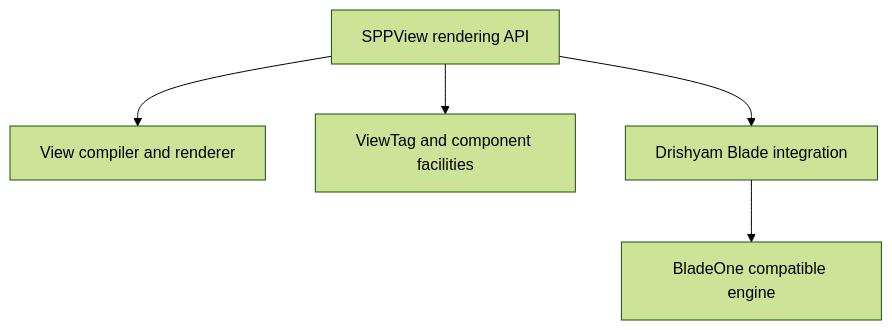
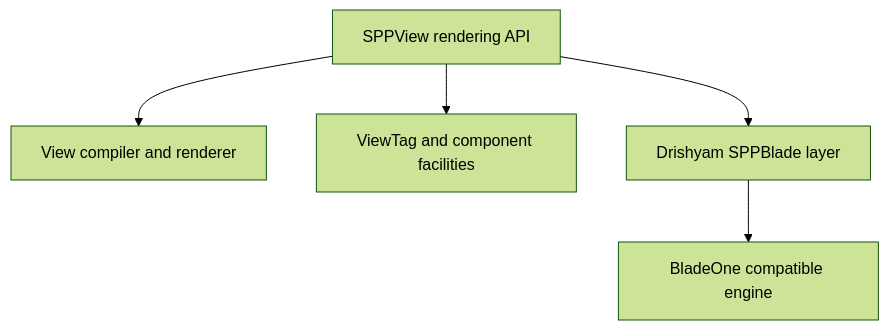
One commit to shuklasp/spp changed the second of 5 diagrams in documentation/handbook/06-sppview-and-bladeone.md. Above: the diagram before and after it, drawn with Mermaid (forest theme). The commit also changed other lines of this file, not shown here.

````diff
--- a/documentation/handbook/06-sppview-and-bladeone.md
+++ b/documentation/handbook/06-sppview-and-bladeone.md
@@ -52,7 +114,7 @@
 ```mermaid
 flowchart TD
     A[SPPView rendering API] --> B[View compiler and renderer]
     A --> C[ViewTag and component facilities]
-    A --> D[Drishyam Blade integration]
+    A --> D[Drishyam SPPBlade layer]
     D --> E[BladeOne compatible engine]
 ```
````
